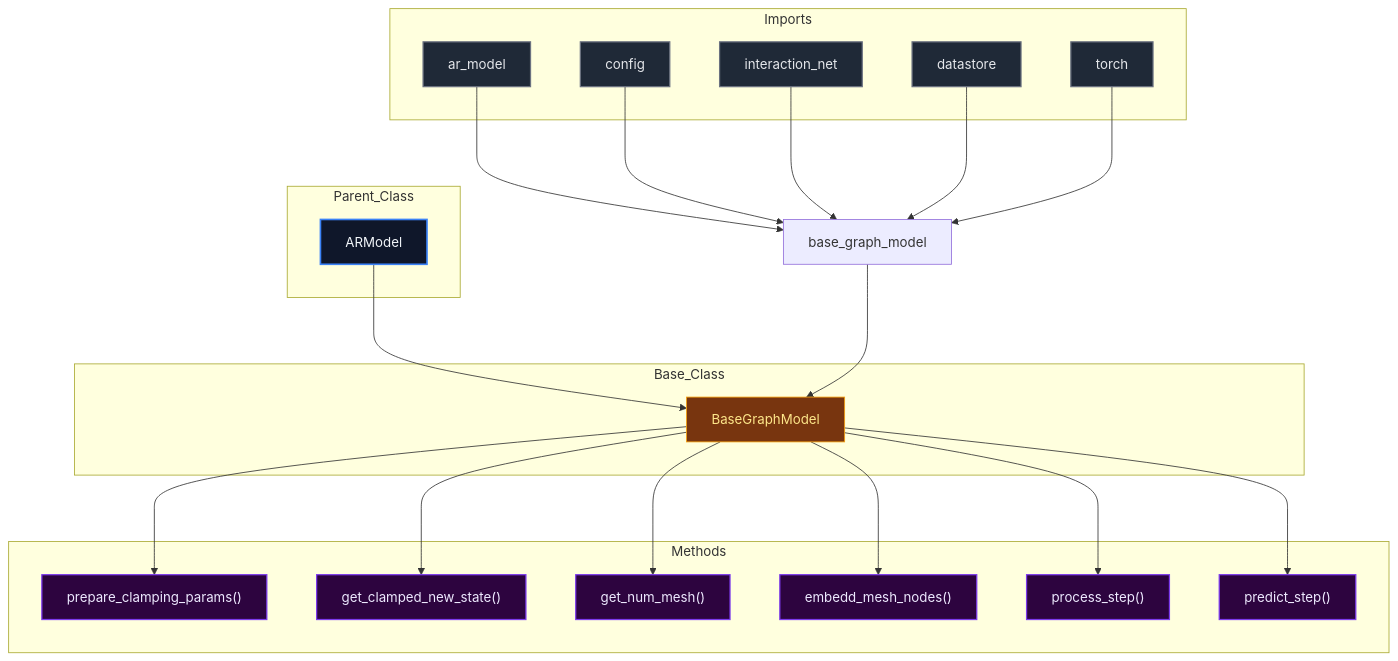
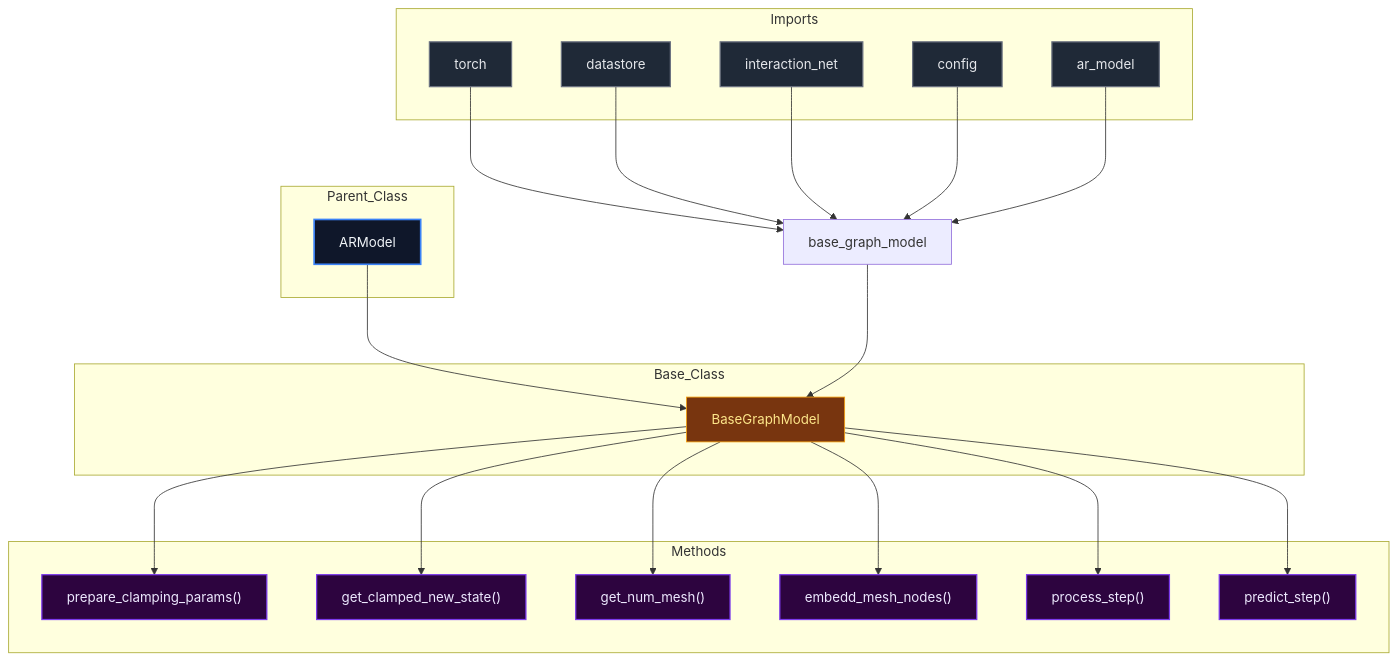
Before and after one commit to mllam/neural-lam: the diagram in docs/diagrams/base_graph_model_diagram.md, drawn with Mermaid. The commit also changed 18 other files, not shown here.

Commit message:
Auto-update Mermaid diagrams

````diff
--- a/docs/diagrams/base_graph_model_diagram.md
+++ b/docs/diagrams/base_graph_model_diagram.md
@@ -1,58 +1,58 @@
 ```mermaid
 %%{init: {'flowchart': {'nodeSpacing': 60, 'rankSpacing': 80}}}%%
 flowchart TD
 
 module["base_graph_model"]
 
 subgraph Parent_Class
     ARModel["ARModel"]
 end
 
 subgraph Base_Class
     BaseGraphModel["BaseGraphModel"]
 end
 
     ARModel --> BaseGraphModel
 
 subgraph Imports
+    torch["torch"]
+    datastore["datastore"]
+    interaction_net["interaction_net"]
+    config["config"]
     ar_model["ar_model"]
-    config["config"]
-    interaction_net["interaction_net"]
-    datastore["datastore"]
-    torch["torch"]
 end
 
+    torch --> module
+    datastore --> module
+    interaction_net --> module
+    config --> module
     ar_model --> module
-    config --> module
-    interaction_net --> module
-    datastore --> module
-    torch --> module
     module --> BaseGraphModel
 
 subgraph Methods
     BaseGraphModel_prepare_clamping_params["prepare_clamping_params()"]
     BaseGraphModel_get_clamped_new_state["get_clamped_new_state()"]
     BaseGraphModel_get_num_mesh["get_num_mesh()"]
     BaseGraphModel_embedd_mesh_nodes["embedd_mesh_nodes()"]
     BaseGraphModel_process_step["process_step()"]
     BaseGraphModel_predict_step["predict_step()"]
 end
 
     BaseGraphModel --> BaseGraphModel_prepare_clamping_params
     BaseGraphModel --> BaseGraphModel_get_clamped_new_state
     BaseGraphModel --> BaseGraphModel_get_num_mesh
     BaseGraphModel --> BaseGraphModel_embedd_mesh_nodes
     BaseGraphModel --> BaseGraphModel_process_step
     BaseGraphModel --> BaseGraphModel_predict_step
 
 classDef parent fill:#0f172a,stroke:#3b82f6,stroke-width:2px,color:#f1f5f9,font-size:16px
 classDef base fill:#78350f,stroke:#f59e0b,stroke-width:1px,color:#fde68a,font-size:16px
 classDef import fill:#1f2937,stroke:#6b7280,stroke-width:1.5px,color:#e5e7eb,font-size:16px
 classDef method fill:#2d043f,stroke:#7c3aed,stroke-width:1.5px,color:#ede9fe,font-size:16px
 classDef callNode fill:#064e3b,stroke:#10b981,stroke-width:1.5px,color:#d1fae5,font-size:16px
 class ARModel parent
 class BaseGraphModel base
-class ar_model,config,interaction_net,datastore,torch import
+class torch,datastore,interaction_net,config,ar_model import
 class BaseGraphModel_prepare_clamping_params,BaseGraphModel_get_clamped_new_state,BaseGraphModel_get_num_mesh,BaseGraphModel_embedd_mesh_nodes,BaseGraphModel_process_step,BaseGraphModel_predict_step method
 
 ```
````
